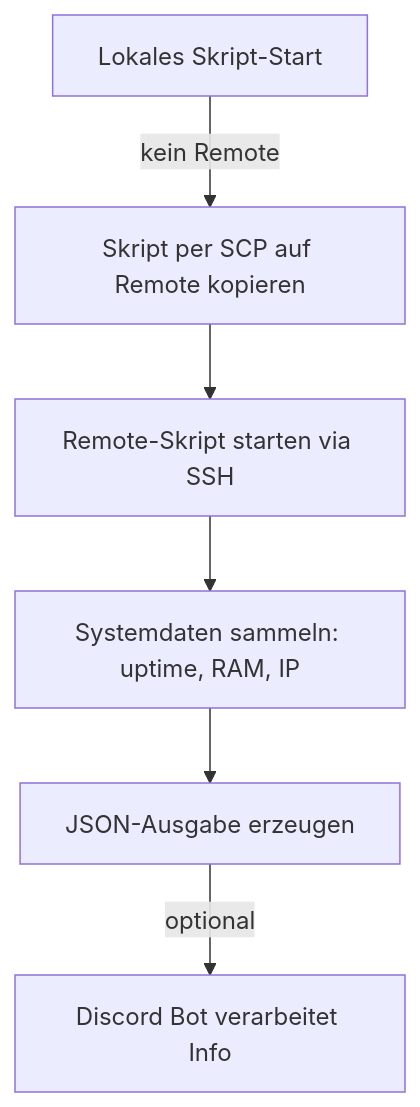
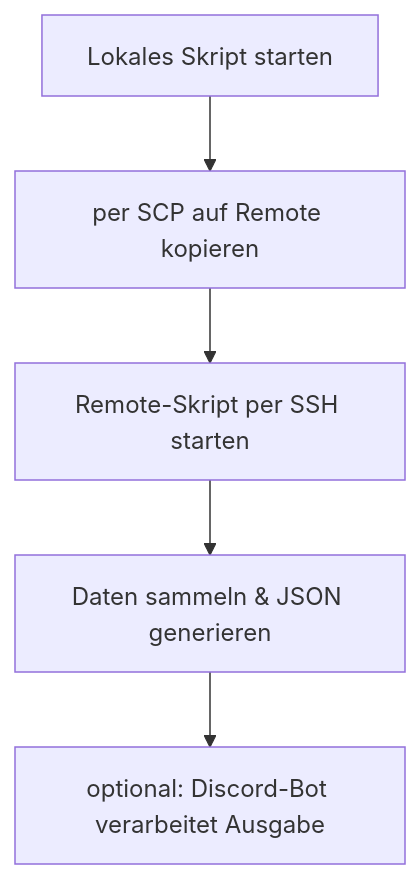
One commit to GSB-Deleven/HomeLab changed the diagram in custom-scripts/homelab-monitor/README.md. Above: the diagram before and after it, drawn with Mermaid. The commit also changed other lines of this file and 3 other files, not shown here.

````diff
--- a/custom-scripts/homelab-monitor/README.md
+++ b/custom-scripts/homelab-monitor/README.md
@@ -38,8 +69,7 @@
 ```mermaid
 graph TD
-    A[Lokales Skript-Start] -->|kein Remote| B[Skript per SCP auf Remote kopieren]
-    B --> C[Remote-Skript starten via SSH]
-    C --> D[Systemdaten sammeln: uptime, RAM, IP]
-    D --> E[JSON-Ausgabe erzeugen]
-    E -->|optional| F[Discord Bot verarbeitet Info]
+    A[Lokales Skript starten] --> B[per SCP auf Remote kopieren]
+    B --> C[Remote-Skript per SSH starten]
+    C --> D[Daten sammeln & JSON generieren]
+    D --> E[optional: Discord-Bot verarbeitet Ausgabe]
 ```
````
